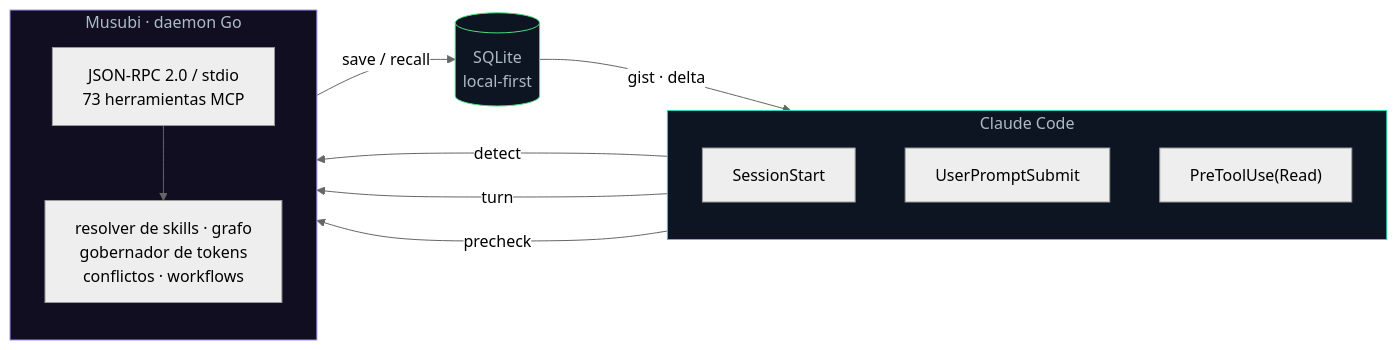
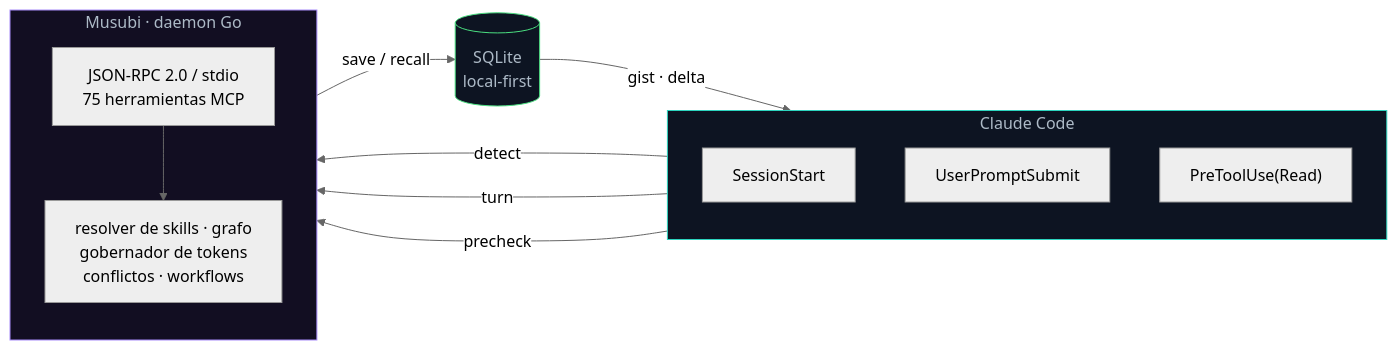
Before and after one commit to codeabraham16/musubi: the first of 3 diagrams in README.md, drawn with Mermaid (neutral theme). The commit also changed other lines of this file and 64 other files, not shown here.

````diff
--- a/README.md
+++ b/README.md
@@ -68,27 +68,27 @@
 ```mermaid
 flowchart LR
     subgraph CC["Claude Code"]
         direction TB
         H1["SessionStart"]
         H2["UserPromptSubmit"]
         H3["PreToolUse(Read)"]
     end
     subgraph M["Musubi · daemon Go"]
         direction TB
-        RPC["JSON-RPC 2.0 / stdio<br/>73 herramientas MCP"]
+        RPC["JSON-RPC 2.0 / stdio<br/>75 herramientas MCP"]
         COG["resolver de skills · grafo<br/>gobernador de tokens<br/>conflictos · workflows"]
     end
     DB[("SQLite<br/>local-first")]
 
     H1 -- "detect" --> RPC
     H2 -- "turn" --> RPC
     H3 -- "precheck" --> RPC
     RPC --> COG
     COG -- "save / recall" --> DB
     DB -- "gist · delta" --> CC
 
     classDef cc fill:#0d1422,stroke:#2dd4bf,color:#adbac7;
     classDef mm fill:#120e22,stroke:#a78bfa,color:#adbac7;
     classDef db fill:#0d1422,stroke:#4ade80,color:#adbac7;
     class CC cc; class M mm; class DB db;
 ```
````
